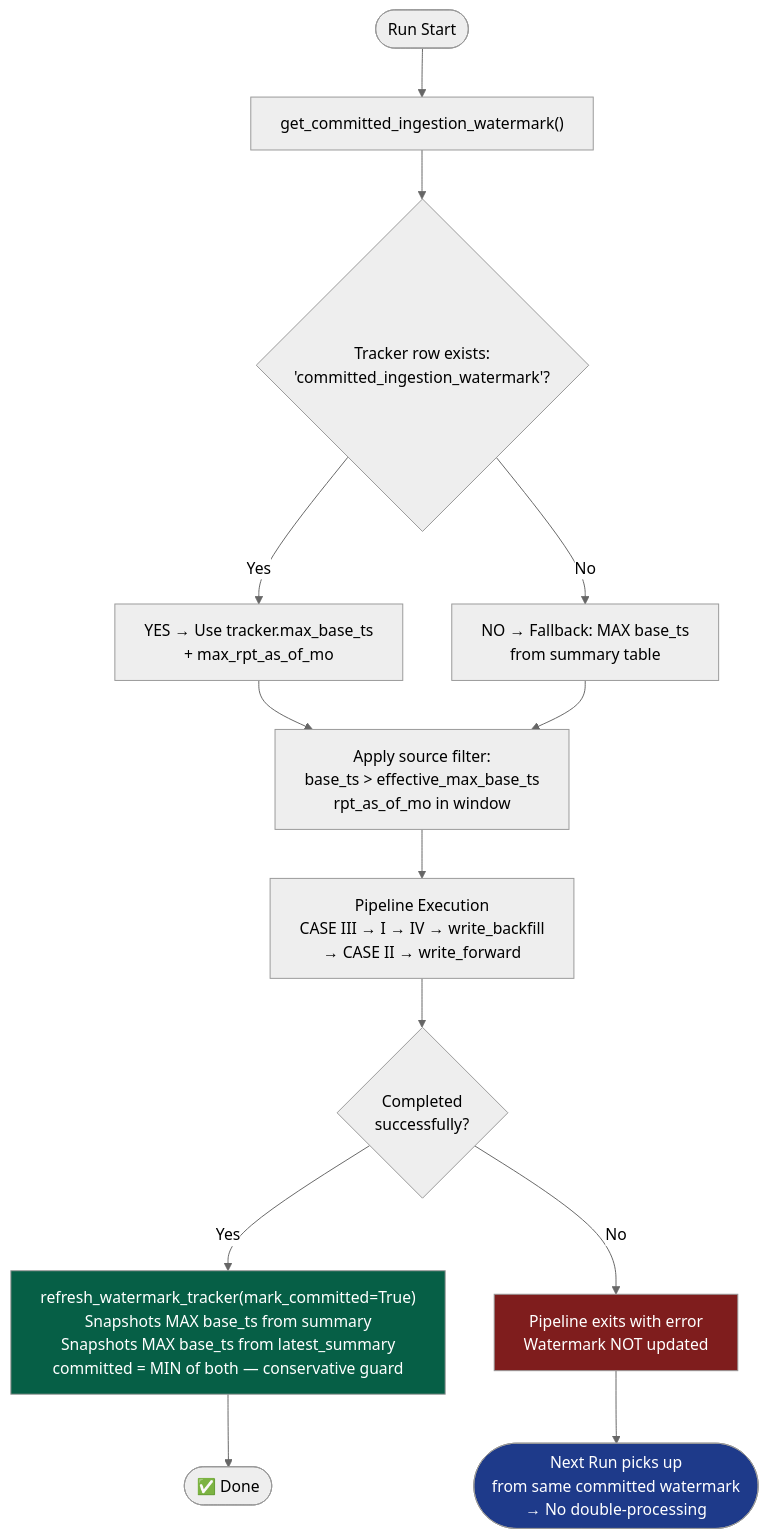
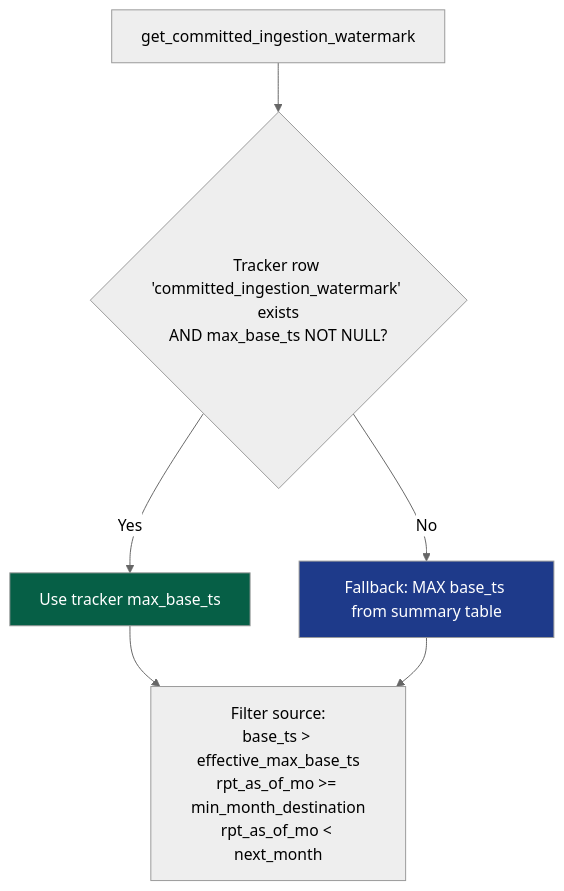
The second of 5 diagrams in main/production_docs/DESIGN_DOCUMENT.md (Bibinbennyhex/DataDominion), drawn with Mermaid (neutral theme) before and after one commit. The commit also changed other lines of this file and 4 other files, not shown here.

````diff
--- a/main/production_docs/DESIGN_DOCUMENT.md
+++ b/main/production_docs/DESIGN_DOCUMENT.md
@@ -227,27 +255,16 @@
 ```mermaid
-%%{init: {"flowchart": {"useMaxWidth": false, "wrappingWidth": 600}} }%%
+%%{init: {"flowchart": {"useMaxWidth": false}} }%%
 graph TD
-    A(["Run Start"])
-    B["get_committed_ingestion_watermark()"]
-    C{"Tracker row exists:<br/>'committed_ingestion_watermark'?"}
-    D["YES → Use tracker.max_base_ts<br/>+ max_rpt_as_of_mo"]
-    E["NO → Fallback: MAX base_ts<br/>from summary table"]
-    F["Apply source filter:<br/>base_ts > effective_max_base_ts<br/>rpt_as_of_mo in window"]
-    G["Pipeline Execution<br/>CASE III → I → IV → write_backfill<br/>→ CASE II → write_forward"]
-    H{"Completed<br/>successfully?"}
-    I["refresh_watermark_tracker(mark_committed=True)<br/>Snapshots MAX base_ts from summary<br/>Snapshots MAX base_ts from latest_summary<br/>committed = MIN of both — conservative guard"]
-    J["Pipeline exits with error<br/>Watermark NOT updated"]
-    K(["Next Run picks up<br/>from same committed watermark<br/>→ No double-processing"])
-    Z(["✅ Done"])
+    B["get_committed_ingestion_watermark"]
+    C{"Tracker row 'committed_ingestion_watermark' exists<br/>AND max_base_ts NOT NULL?"}
+    D["Use tracker max_base_ts"]
+    E["Fallback: MAX base_ts from summary table"]
+    F["Filter source:<br/>base_ts > effective_max_base_ts<br/>rpt_as_of_mo >= min_month_destination<br/>rpt_as_of_mo < next_month"]
 
-    A --> B --> C
+    B --> C
     C -- Yes --> D --> F
     C -- No --> E --> F
-    F --> G --> H
-    H -- Yes --> I --> Z
-    H -- No --> J --> K
 
-    style I fill:#065f46,color:#fff
-    style J fill:#7f1d1d,color:#fff
-    style K fill:#1e3a8a,color:#fff
+    style D fill:#065f46,color:#fff
+    style E fill:#1e3a8a,color:#fff
 ```
````
